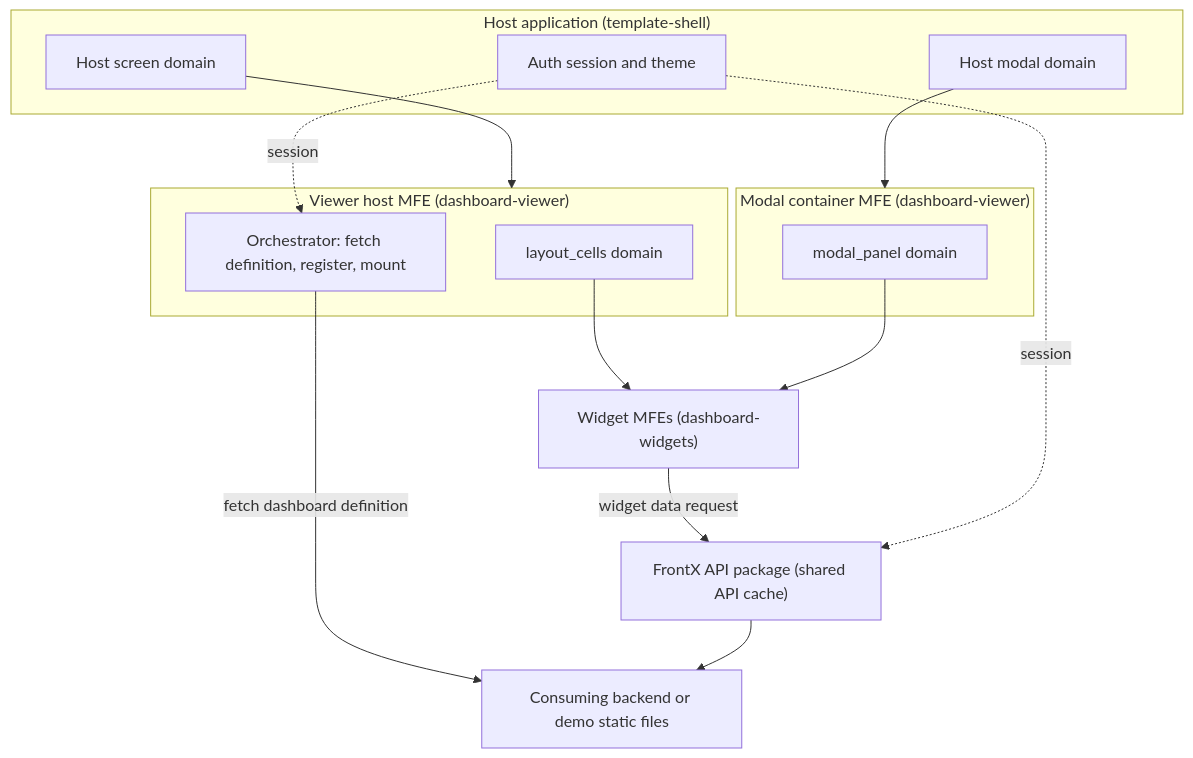
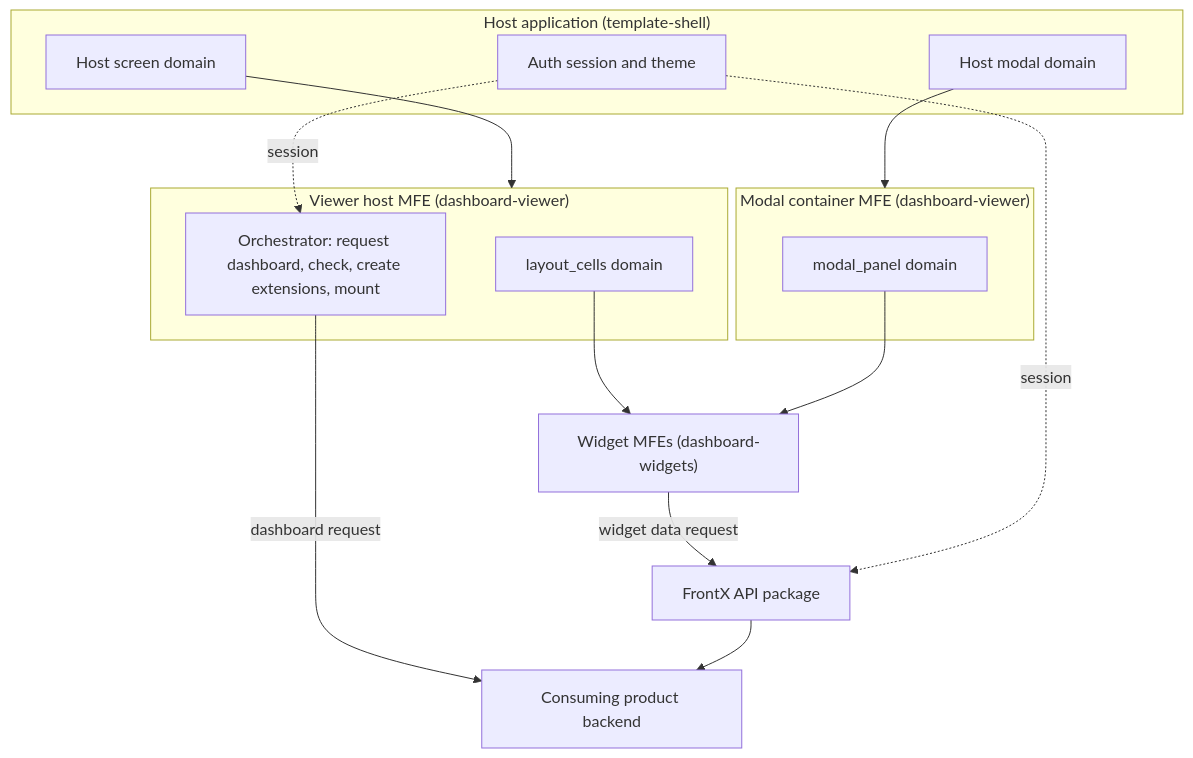
One commit to AndrejK666/gears-frontx-templates changed the first of 8 diagrams in template-dashboard/architecture/DESIGN.md. Above: the diagram before and after it, drawn with Mermaid. The commit also changed other lines of this file and 2 other files, not shown here.

Commit message:
docs(template-dashboard): revise DESIGN for product-only scope

````diff
--- a/template-dashboard/architecture/DESIGN.md
+++ b/template-dashboard/architecture/DESIGN.md
@@ -104,28 +96,28 @@
 ```mermaid
 graph TB
     subgraph Host["Host application (template-shell)"]
         SCR["Host screen domain"]
         POP["Host modal domain"]
         AUTH["Auth session and theme"]
     end
     subgraph Viewer["Viewer host MFE (dashboard-viewer)"]
-        ORCH["Orchestrator: fetch definition, register, mount"]
+        ORCH["Orchestrator: request dashboard, check, create extensions, mount"]
         LC["layout_cells domain"]
     end
     subgraph Modal["Modal container MFE (dashboard-viewer)"]
         MP["modal_panel domain"]
     end
     W["Widget MFEs (dashboard-widgets)"]
-    API["FrontX API package (shared API cache)"]
-    BE["Consuming backend or demo static files"]
+    API["FrontX API package"]
+    BE["Consuming product backend"]
 
     SCR --> Viewer
     POP --> Modal
-    ORCH -- "fetch dashboard definition" --> BE
+    ORCH -- "dashboard request" --> BE
     LC --> W
     MP --> W
     W -- "widget data request" --> API
     API --> BE
     AUTH -. session .-> ORCH
     AUTH -. session .-> API
 ```
````
